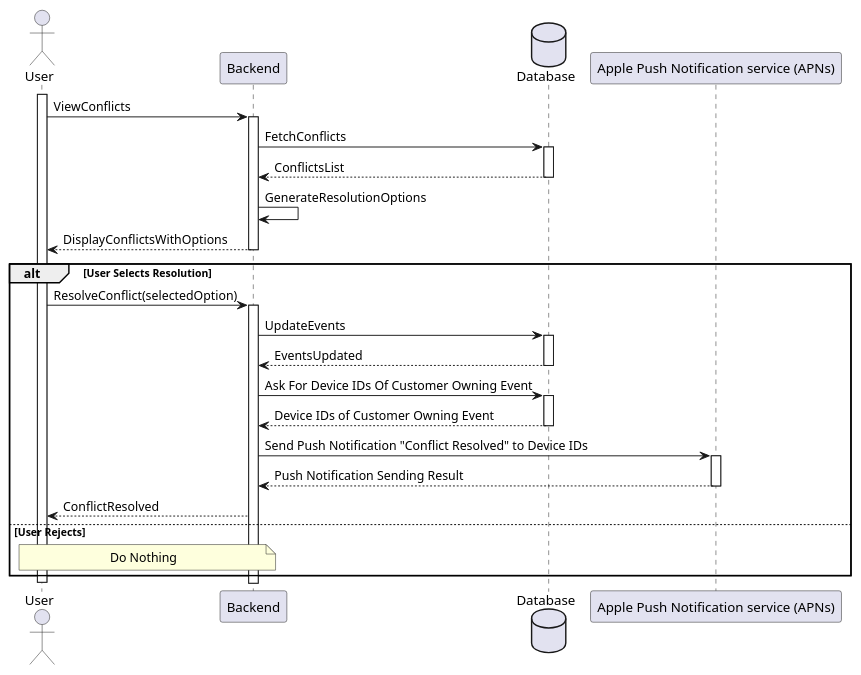
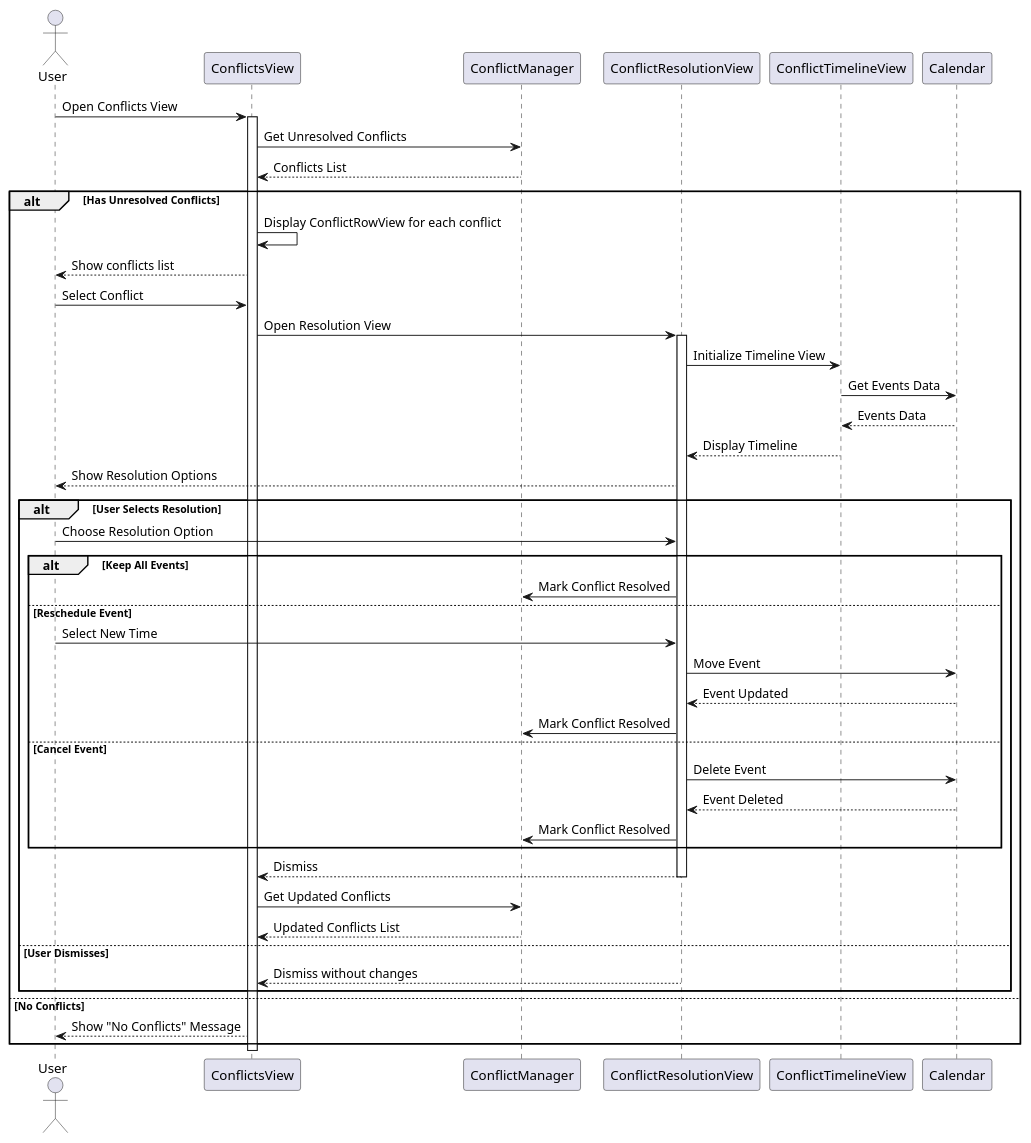
The tenth of 14 diagrams in docs/diagrams/sequence-diagrams/all-sequence-diagrams.puml (jadwalapp/symmetrical-spoon), drawn with PlantUML before and after one commit. The commit also changed other lines of this file and 5 other files, not shown here.

```diff
--- a/docs/diagrams/sequence-diagrams/all-sequence-diagrams.puml
+++ b/docs/diagrams/sequence-diagrams/all-sequence-diagrams.puml
@@ -349,36 +374,60 @@
 @startuml Manage Scheduling Conflicts
 actor User
-participant Backend
-database Database
-participant "Apple Push Notification service (APNs)" as APN
+participant "ConflictsView" as View
+participant "ConflictManager" as Manager
+participant "ConflictResolutionView" as Resolution
+participant "ConflictTimelineView" as Timeline
+participant "Calendar" as Calendar
 
-activate User
+User -> View: Open Conflicts View
 
-User -> Backend ++ : ViewConflicts
+activate View
+View -> Manager: Get Unresolved Conflicts
+Manager --> View: Conflicts List
 
-Backend -> Database ++ : FetchConflicts
-Database --> Backend -- : ConflictsList
+alt Has Unresolved Conflicts
+    View -> View: Display ConflictRowView for each conflict
+    View --> User: Show conflicts list
 
-Backend -> Backend : GenerateResolutionOptions
-Backend --> User -- : DisplayConflictsWithOptions
-
-alt User Selects Resolution
-    User -> Backend ++ : ResolveConflict(selectedOption)
+    User -> View: Select Conflict
+    View -> Resolution: Open Resolution View
+    activate Resolution
     
-    Backend -> Database ++ : UpdateEvents
-    Database --> Backend -- : EventsUpdated
+    Resolution -> Timeline: Initialize Timeline View
+    Timeline -> Calendar: Get Events Data
+    Calendar --> Timeline: Events Data
+    Timeline --> Resolution: Display Timeline
     
-    Backend -> Database ++ : Ask For Device IDs Of Customer Owning Event
-    Database --> Backend -- : Device IDs of Customer Owning Event
+    Resolution --> User: Show Resolution Options
     
-    Backend -> APN ++ : Send Push Notification "Conflict Resolved" to Device IDs
-    APN --> Backend -- : Push Notification Sending Result
-    
-    Backend --> User : ConflictResolved
-else User Rejects
-    note over User, Backend : Do Nothing
+    alt User Selects Resolution
+        User -> Resolution: Choose Resolution Option
+        
+        alt Keep All Events
+            Resolution -> Manager: Mark Conflict Resolved
+        else Reschedule Event
+            User -> Resolution: Select New Time
+            Resolution -> Calendar: Move Event
+            Calendar --> Resolution: Event Updated
+            Resolution -> Manager: Mark Conflict Resolved
+        else Cancel Event
+            Resolution -> Calendar: Delete Event
+            Calendar --> Resolution: Event Deleted
+            Resolution -> Manager: Mark Conflict Resolved
+        end
+        
+        Resolution --> View: Dismiss
+        deactivate Resolution
+        View -> Manager: Get Updated Conflicts
+        Manager --> View: Updated Conflicts List
+    else User Dismisses
+        Resolution --> View: Dismiss without changes
+        deactivate Resolution
+    end
+else No Conflicts
+    View --> User: Show "No Conflicts" Message
 end
 
-deactivate User
+deactivate View
 
 @enduml
```
